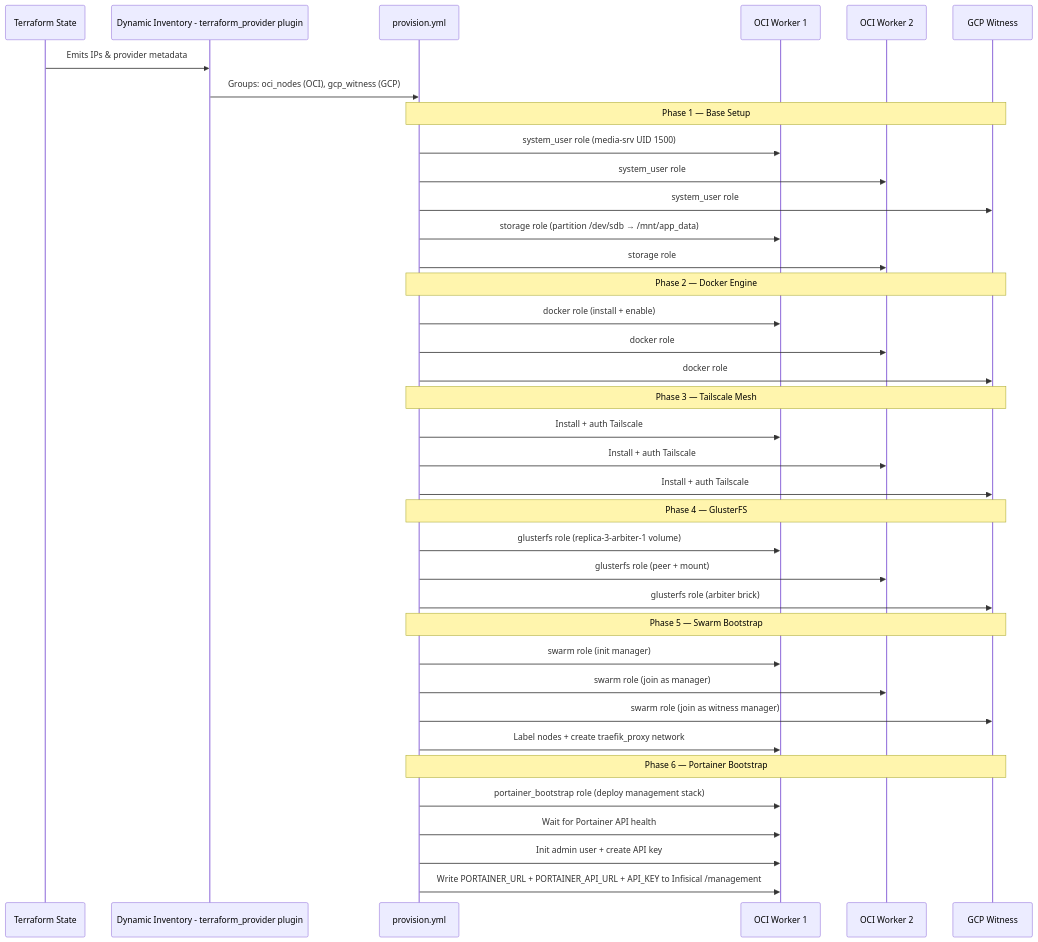
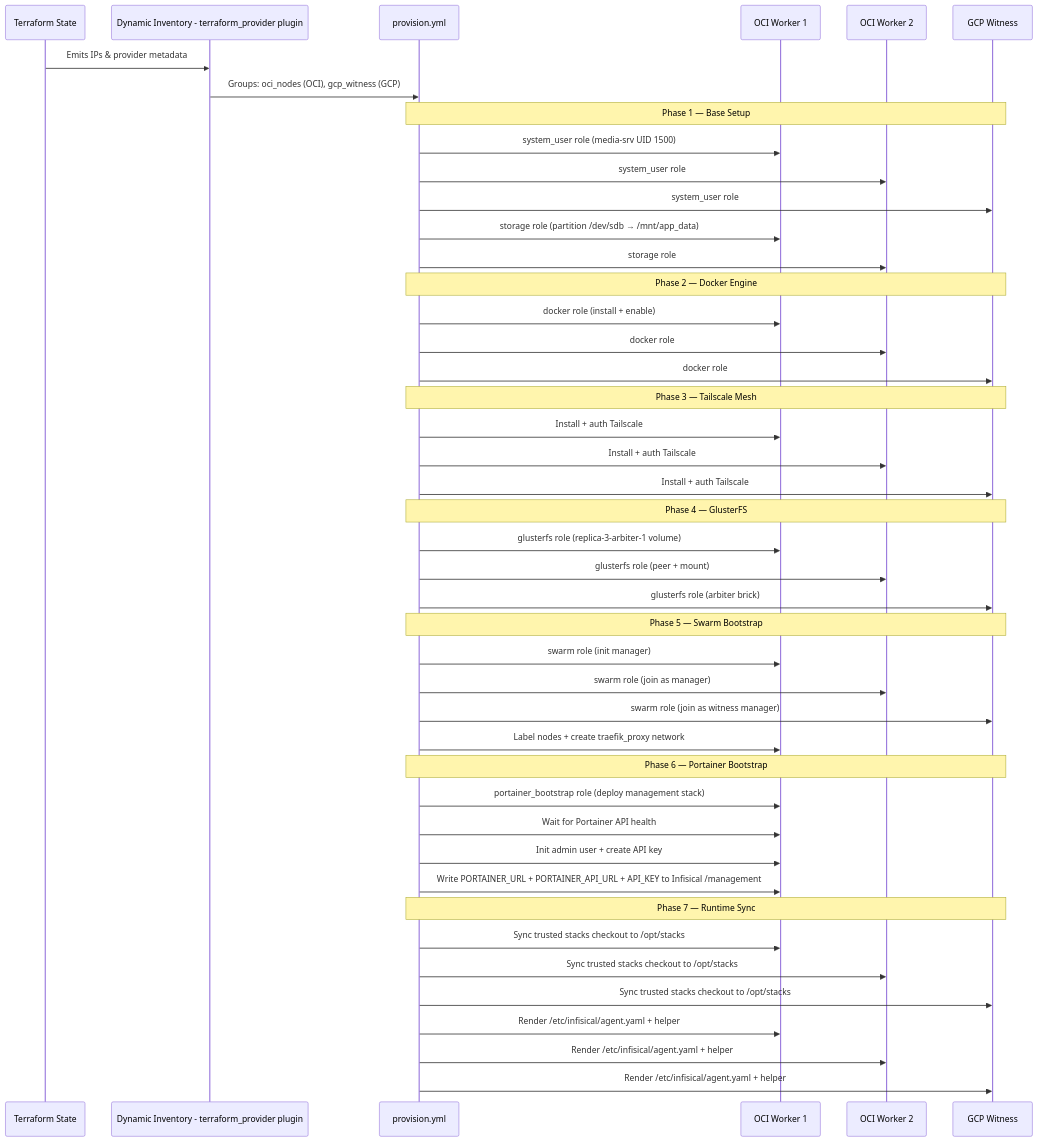
One commit to JoseStud/GoodOldMeServer changed the diagram in docs/ansible.md. Above: the diagram before and after it, drawn with Mermaid. The commit also changed other lines of this file and 31 other files, not shown here.

First line of the commit message:
feat: Update documentation and workflows for Infisical integration and runtime sync

````diff
--- a/docs/ansible.md
+++ b/docs/ansible.md
@@ -9,46 +9,54 @@
 ```mermaid
 sequenceDiagram
     participant TF as Terraform State
     participant INV as Dynamic Inventory - terraform_provider plugin
     participant PB as provision.yml
     participant OCI1 as OCI Worker 1
     participant OCI2 as OCI Worker 2
     participant GCP as GCP Witness
 
     TF->>INV: Emits IPs & provider metadata
     INV->>PB: Groups: oci_nodes (OCI), gcp_witness (GCP)
 
     Note over PB,GCP: Phase 1 — Base Setup
     PB->>OCI1: system_user role (media-srv UID 1500)
     PB->>OCI2: system_user role
     PB->>GCP: system_user role
     PB->>OCI1: storage role (partition /dev/sdb → /mnt/app_data)
     PB->>OCI2: storage role
 
     Note over PB,GCP: Phase 2 — Docker Engine
     PB->>OCI1: docker role (install + enable)
     PB->>OCI2: docker role
     PB->>GCP: docker role
 
     Note over PB,GCP: Phase 3 — Tailscale Mesh
     PB->>OCI1: Install + auth Tailscale
     PB->>OCI2: Install + auth Tailscale
     PB->>GCP: Install + auth Tailscale
 
     Note over PB,GCP: Phase 4 — GlusterFS
     PB->>OCI1: glusterfs role (replica-3-arbiter-1 volume)
     PB->>OCI2: glusterfs role (peer + mount)
     PB->>GCP: glusterfs role (arbiter brick)
 
     Note over PB,GCP: Phase 5 — Swarm Bootstrap
     PB->>OCI1: swarm role (init manager)
     PB->>OCI2: swarm role (join as manager)
     PB->>GCP: swarm role (join as witness manager)
     PB->>OCI1: Label nodes + create traefik_proxy network
 
     Note over PB,GCP: Phase 6 — Portainer Bootstrap
     PB->>OCI1: portainer_bootstrap role (deploy management stack)
     PB->>OCI1: Wait for Portainer API health
     PB->>OCI1: Init admin user + create API key
     PB->>OCI1: Write PORTAINER_URL + PORTAINER_API_URL + API_KEY to Infisical /management
+
+    Note over PB,GCP: Phase 7 — Runtime Sync
+    PB->>OCI1: Sync trusted stacks checkout to /opt/stacks
+    PB->>OCI2: Sync trusted stacks checkout to /opt/stacks
+    PB->>GCP: Sync trusted stacks checkout to /opt/stacks
+    PB->>OCI1: Render /etc/infisical/agent.yaml + helper
+    PB->>OCI2: Render /etc/infisical/agent.yaml + helper
+    PB->>GCP: Render /etc/infisical/agent.yaml + helper
 ```
````
